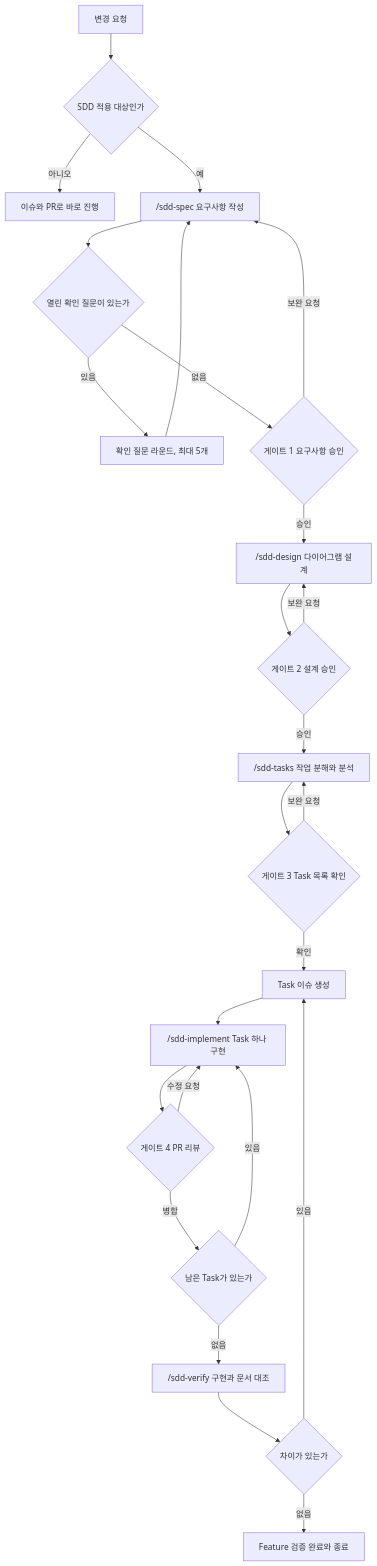
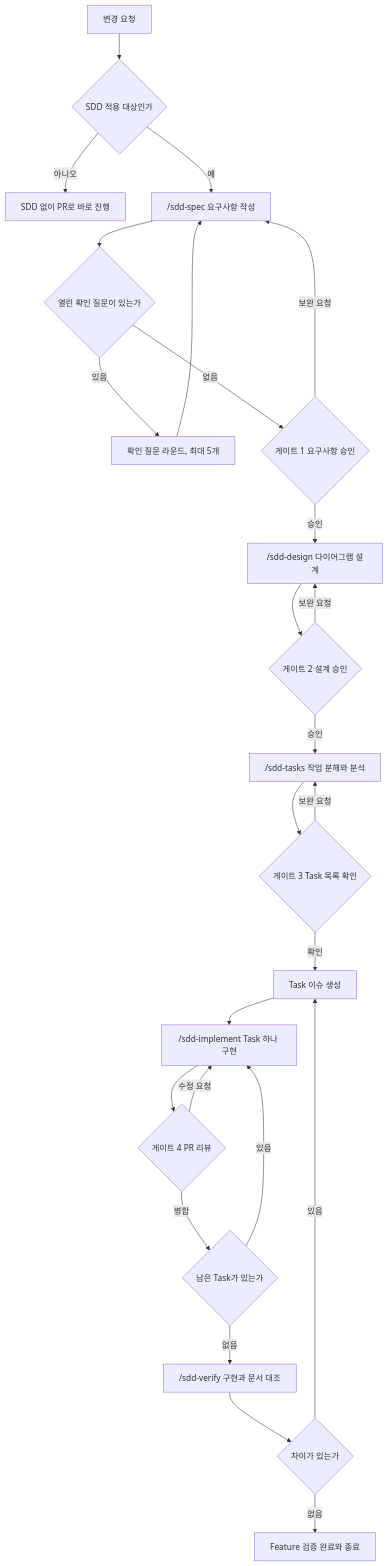
The first of 2 diagrams in docs/sdd-guide.md (god3v/hamtteukka), drawn with Mermaid before and after one commit. The commit also changed other lines of this file and 9 other files, not shown here.

````diff
--- a/docs/sdd-guide.md
+++ b/docs/sdd-guide.md
@@ -45,27 +45,27 @@
 ```mermaid
 flowchart TD
   Start["변경 요청"] --> Check{"SDD 적용 대상인가"}
-  Check -->|"아니오"| Direct["이슈와 PR로 바로 진행"]
+  Check -->|"아니오"| Direct["SDD 없이 PR로 바로 진행"]
   Check -->|"예"| Spec["/sdd-spec 요구사항 작성"]
   Spec --> Open{"열린 확인 질문이 있는가"}
   Open -->|"있음"| Clarify["확인 질문 라운드, 최대 5개"]
   Clarify --> Spec
   Open -->|"없음"| G1{"게이트 1 요구사항 승인"}
   G1 -->|"보완 요청"| Spec
   G1 -->|"승인"| Design["/sdd-design 다이어그램 설계"]
   Design --> G2{"게이트 2 설계 승인"}
   G2 -->|"보완 요청"| Design
   G2 -->|"승인"| Tasks["/sdd-tasks 작업 분해와 분석"]
   Tasks --> G3{"게이트 3 Task 목록 확인"}
   G3 -->|"보완 요청"| Tasks
   G3 -->|"확인"| Issues["Task 이슈 생성"]
   Issues --> Impl["/sdd-implement Task 하나 구현"]
   Impl --> G4{"게이트 4 PR 리뷰"}
   G4 -->|"수정 요청"| Impl
   G4 -->|"병합"| Left{"남은 Task가 있는가"}
   Left -->|"있음"| Impl
   Left -->|"없음"| Verify["/sdd-verify 구현과 문서 대조"]
   Verify --> Gap{"차이가 있는가"}
   Gap -->|"있음"| Issues
   Gap -->|"없음"| Done["Feature 검증 완료와 종료"]
 ```
````
